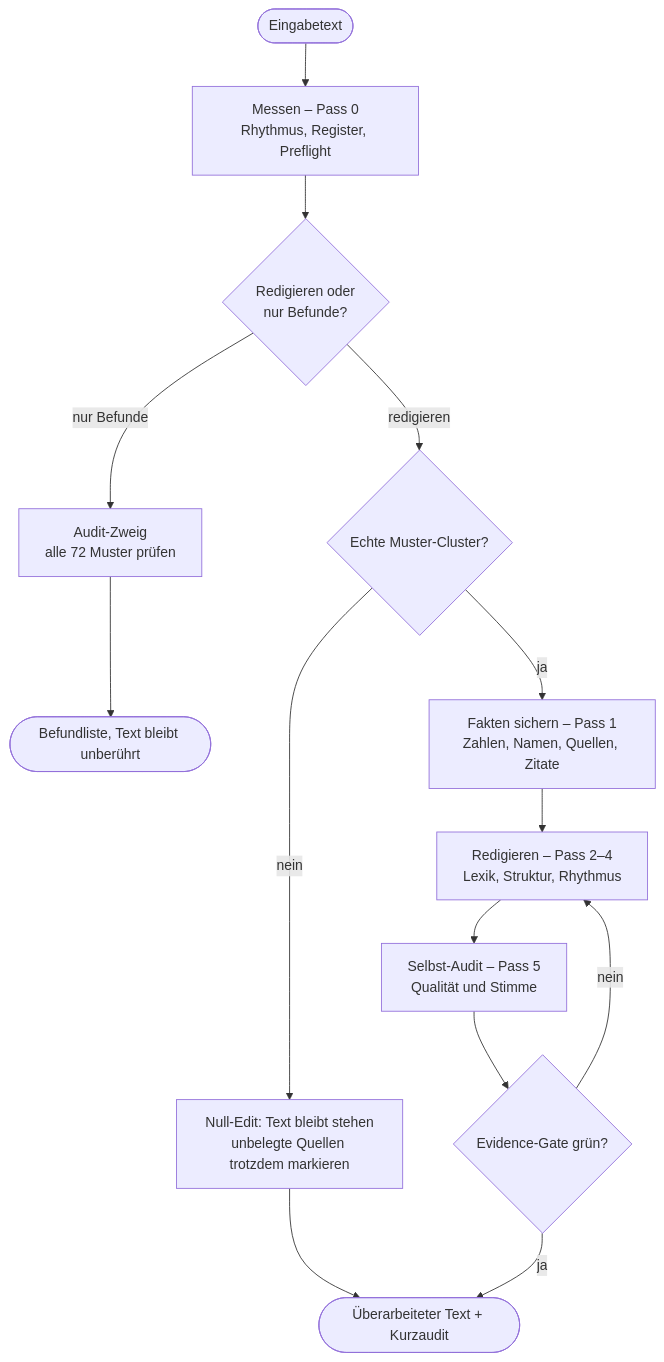
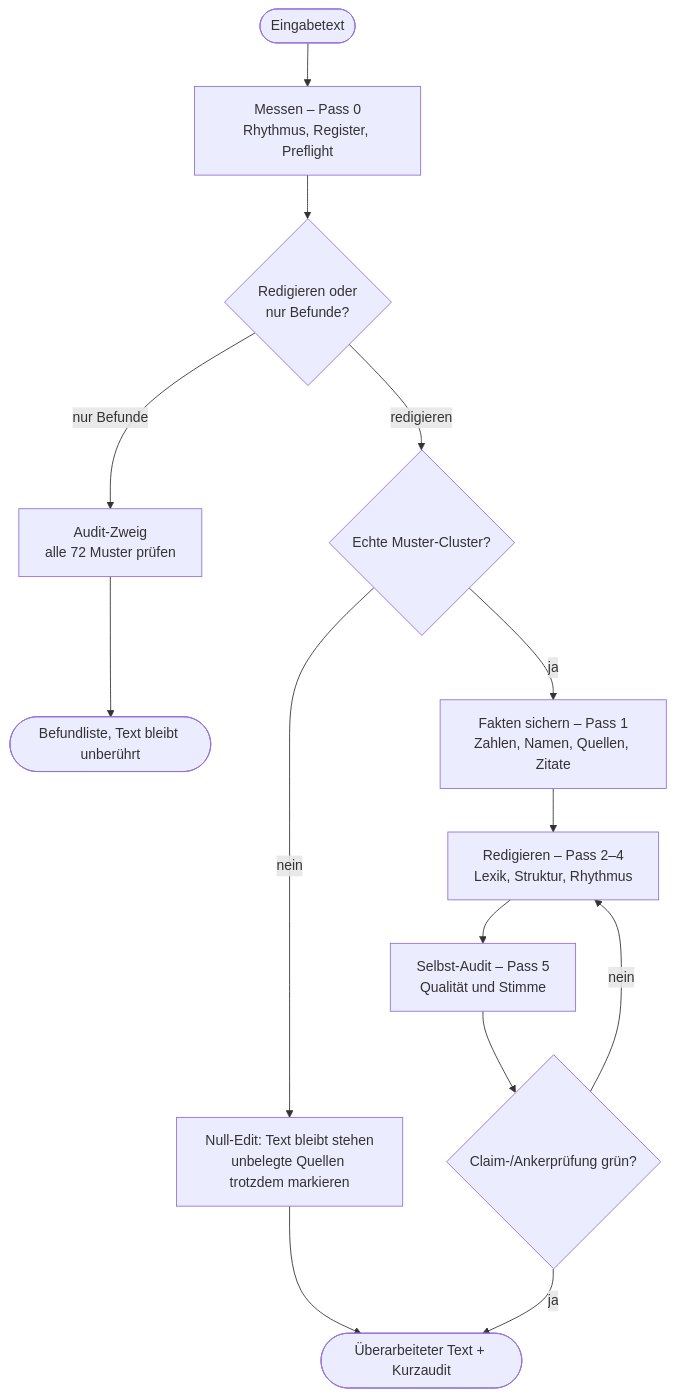
One commit to marmbiz/humanizer-de changed the diagram in README.md. Above: the diagram before and after it, drawn with Mermaid. The commit also changed other lines of this file and 16 other files, not shown here.

````diff
--- a/README.md
+++ b/README.md
@@ -703,16 +708,16 @@
 ```mermaid
 flowchart TD
     T([Eingabetext]) --> M["Messen – Pass 0<br/>Rhythmus, Register, Preflight"]
     M --> Z{"Redigieren oder<br/>nur Befunde?"}
     Z -- "nur Befunde" --> AU["Audit-Zweig<br/>alle 72 Muster prüfen"]
     AU --> B([Befundliste, Text bleibt unberührt])
     Z -- redigieren --> C{"Echte Muster-Cluster?"}
     C -- nein --> N["Null-Edit: Text bleibt stehen<br/>unbelegte Quellen trotzdem markieren"]
     N --> O
     C -- ja --> E["Fakten sichern – Pass 1<br/>Zahlen, Namen, Quellen, Zitate"]
     E --> R["Redigieren – Pass 2–4<br/>Lexik, Struktur, Rhythmus"]
     R --> A["Selbst-Audit – Pass 5<br/>Qualität und Stimme"]
-    A --> G{"Evidence-Gate grün?"}
+    A --> G{"Claim-/Ankerprüfung grün?"}
     G -- nein --> R
     G -- ja --> O([Überarbeiteter Text + Kurzaudit])
 ```
````
